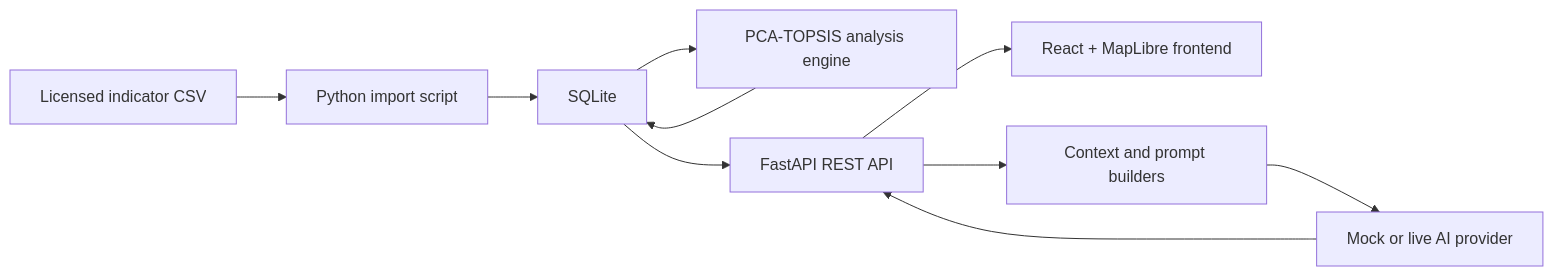
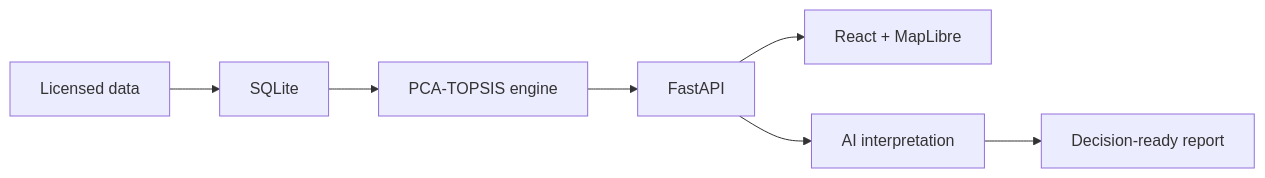
Before and after one commit to Jane-Hanzhen/urbaninsight-ai: the diagram in README.md, drawn with Mermaid. The commit also changed other lines of this file and 5 other files, not shown here.

````diff
--- a/README.md
+++ b/README.md
@@ -42,12 +97,9 @@
 ```mermaid
 flowchart LR
-    CSV["Licensed indicator CSV"] --> Import["Python import script"]
-    Import --> SQLite["SQLite"]
-    SQLite --> Engine["PCA-TOPSIS analysis engine"]
-    Engine --> SQLite
-    SQLite --> API["FastAPI REST API"]
-    API --> UI["React + MapLibre frontend"]
-    API --> Context["Context and prompt builders"]
-    Context --> Provider["Mock or live AI provider"]
-    Provider --> API
+    Data["Licensed data"] --> DB["SQLite"]
+    DB --> Engine["PCA-TOPSIS engine"]
+    Engine --> API["FastAPI"]
+    API --> UI["React + MapLibre"]
+    API --> AI["AI interpretation"]
+    AI --> Report["Decision-ready report"]
 ```
````
